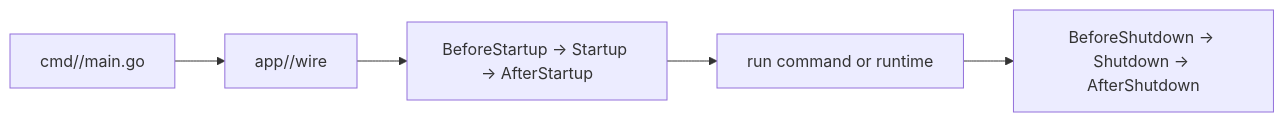
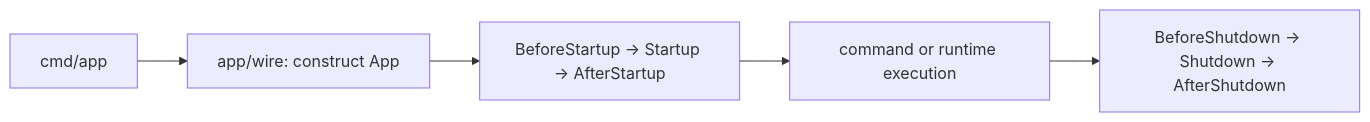
Before and after one commit to goforj/docs: the diagram in docs/core/runtime-lifecycle.md, drawn with Mermaid. The commit also changed other lines of this file and 113 other files, not shown here.

````diff
--- a/docs/core/runtime-lifecycle.md
+++ b/docs/core/runtime-lifecycle.md
@@ -41,7 +12,7 @@
 ```mermaid
 flowchart LR
-  entry["cmd/<app>/main.go"] --> wire["app/<app>/wire"]
-  wire --> startup["BeforeStartup → Startup → AfterStartup"]
-  startup --> command["run command or runtime"]
-  command --> shutdown["BeforeShutdown → Shutdown → AfterShutdown"]
+  entry["cmd/app"] --> wire["app/wire: construct App"]
+  wire --> start["BeforeStartup → Startup → AfterStartup"]
+  start --> run["command or runtime execution"]
+  run --> stop["BeforeShutdown → Shutdown → AfterShutdown"]
 ```
````
